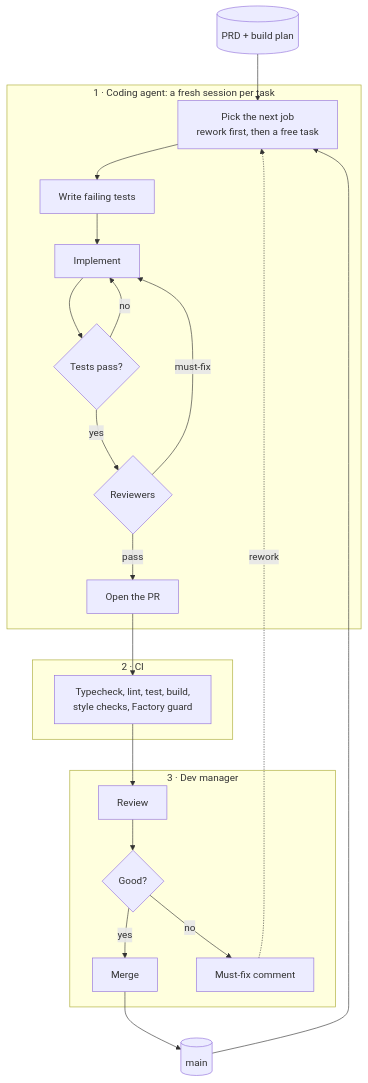
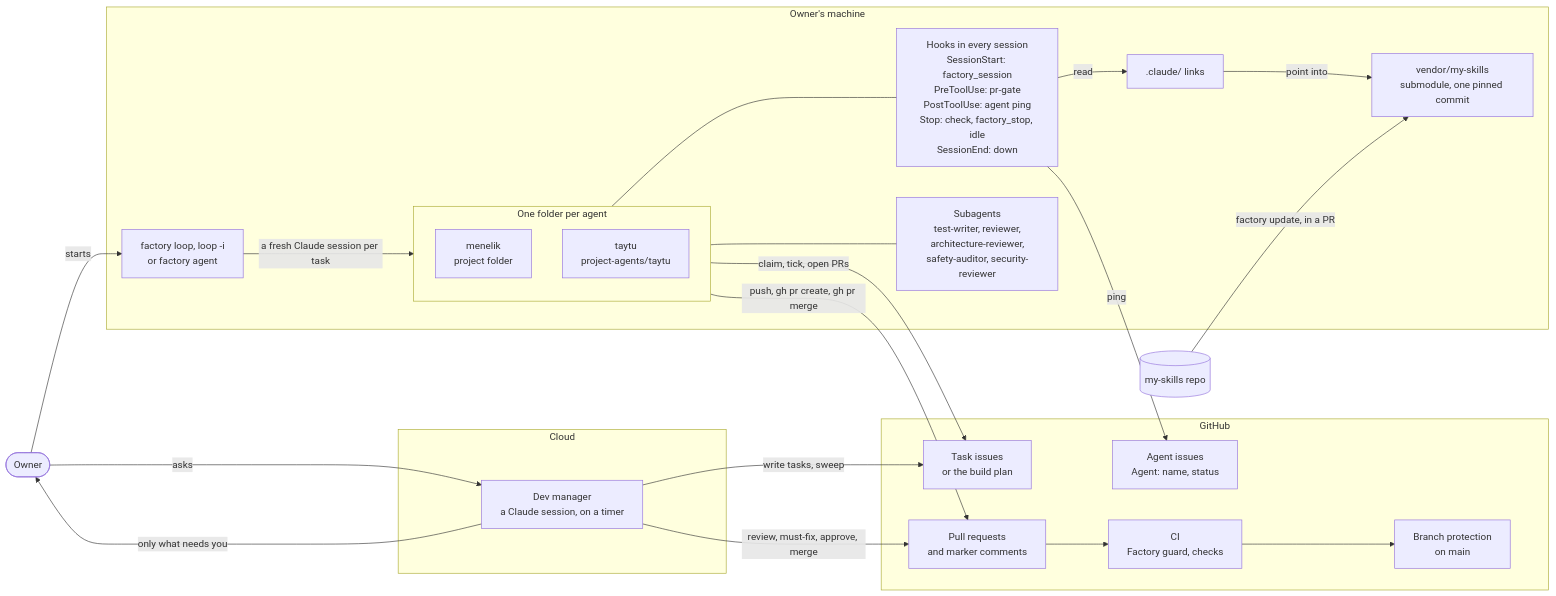
The first of 2 diagrams in software-factory/README.md (deresegetachew/my-skills), drawn with Mermaid before and after one commit. The commit also changed other lines of this file and 1 other file, not shown here.

First line of the commit message:
software-factory: rewrite the README for what the factory does now (owner)

````diff
--- a/software-factory/README.md
+++ b/software-factory/README.md
@@ -99,28 +76,47 @@
 ```mermaid
-flowchart TB
-    plan[("PRD + build plan")] --> pick
+flowchart LR
+    owner(["Owner"])
 
-    subgraph agent["1 · Coding agent: a fresh session per task"]
-        pick["Pick the next job<br/>rework first, then a free task"] --> tests["Write failing tests"]
-        tests --> code["Implement"]
-        code --> stop{"Tests pass?"}
-        stop -->|"no"| code
-        stop -->|"yes"| rev{"Reviewers"}
-        rev -->|"must-fix"| code
-        rev -->|"pass"| pr["Open the PR"]
+    subgraph cloud["Cloud"]
+        dm["Dev manager<br/>a Claude session, on a timer"]
     end
 
-    subgraph ci["2 · CI"]
-        checks["Typecheck, lint, test, build,<br/>style checks, Factory guard"]
+    subgraph machine["Owner's machine"]
+        loop["factory loop, loop -i<br/>or factory agent"]
+        subgraph folders["One folder per agent"]
+            a1["menelik<br/>project folder"]
+            a2["taytu<br/>project-agents/taytu"]
+        end
+        hooks["Hooks in every session<br/>SessionStart: factory_session<br/>PreToolUse: pr-gate<br/>PostToolUse: agent ping<br/>Stop: check, factory_stop, idle<br/>SessionEnd: down"]
+        subs["Subagents<br/>test-writer, reviewer,<br/>architecture-reviewer,<br/>safety-auditor, security-reviewer"]
+        links[".claude/ links"]
+        vendor["vendor/my-skills<br/>submodule, one pinned commit"]
     end
 
-    subgraph dm["3 · Dev manager"]
-        read["Review"] --> ok{"Good?"}
-        ok -->|"yes"| merge["Merge"]
-        ok -->|"no"| fix["Must-fix comment"]
+    subgraph github["GitHub"]
+        issues["Task issues<br/>or the build plan"]
+        agentissues["Agent issues<br/>Agent: name, status"]
+        prs["Pull requests<br/>and marker comments"]
+        ci["CI<br/>Factory guard, checks"]
+        bp["Branch protection<br/>on main"]
     end
 
-    pr --> checks --> read
-    merge --> main[("main")] --> pick
-    fix -.->|"rework"| pick
+    myskills[("my-skills repo")]
+
+    owner -->|"starts"| loop
+    owner -->|"asks"| dm
+    loop -->|"a fresh Claude session per task"| folders
+    folders --- hooks
+    folders --- subs
+    hooks -->|"read"| links
+    links -->|"point into"| vendor
+    myskills -->|"factory update, in a PR"| vendor
+    folders -->|"claim, tick, open PRs"| issues
+    hooks -->|"ping"| agentissues
+    folders -->|"push, gh pr create, gh pr merge"| prs
+    prs --> ci
+    ci --> bp
+    dm -->|"review, must-fix, approve, merge"| prs
+    dm -->|"write tasks, sweep"| issues
+    dm -->|"only what needs you"| owner
 ```
````
